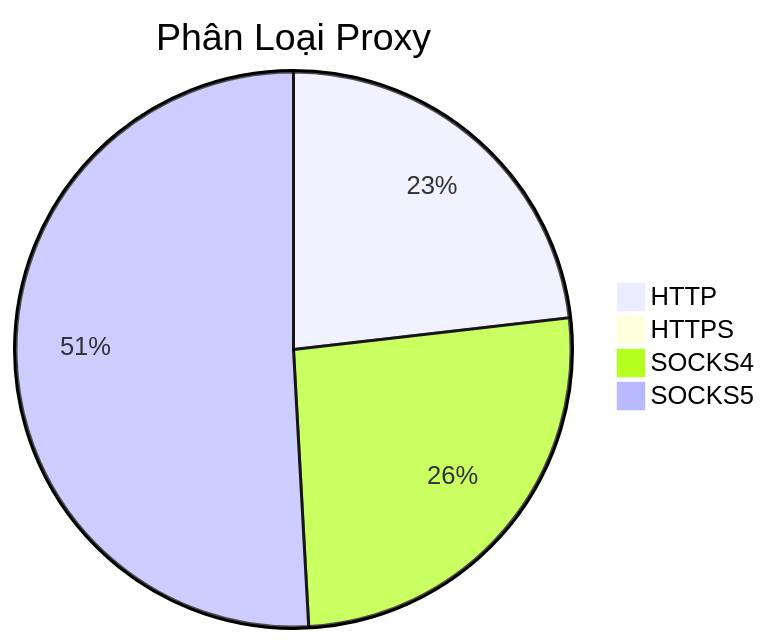
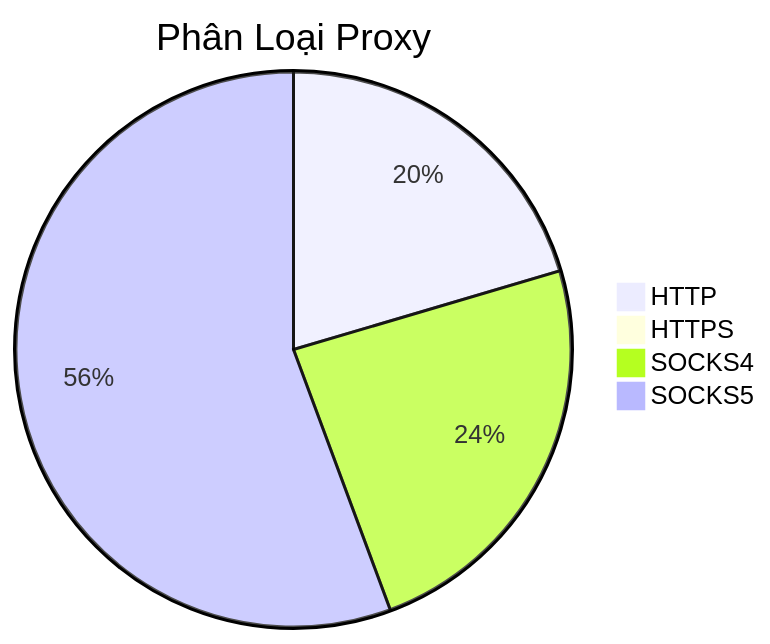
Before and after one commit to Ciara-12/PROXY-free: the diagram in README.md, drawn with Mermaid. The commit also changed other lines of this file and 4 other files, not shown here.

````diff
--- a/README.md
+++ b/README.md
@@ -26,7 +26,7 @@
 ```mermaid
 pie title Phân Loại Proxy
-    "HTTP" : 318
-    "HTTPS" : 2
-    "SOCKS4" : 356
-    "SOCKS5" : 698
+    "HTTP" : 294
+    "HTTPS" : 0
+    "SOCKS4" : 344
+    "SOCKS5" : 801
 ```
````
